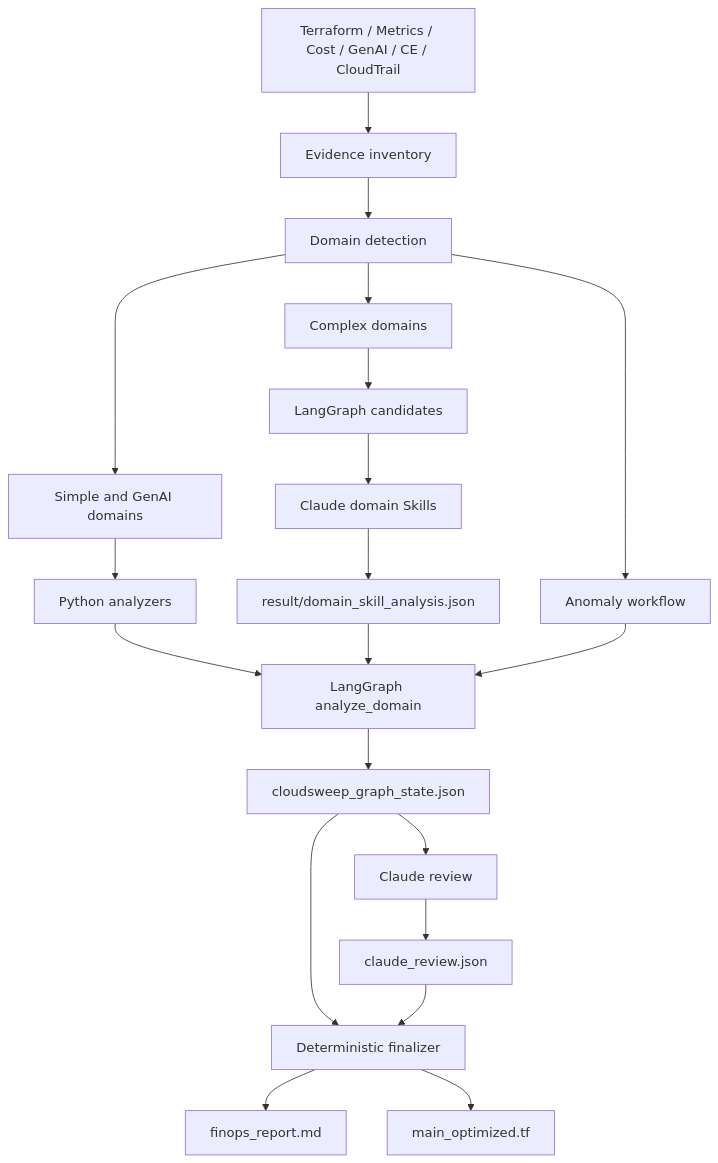
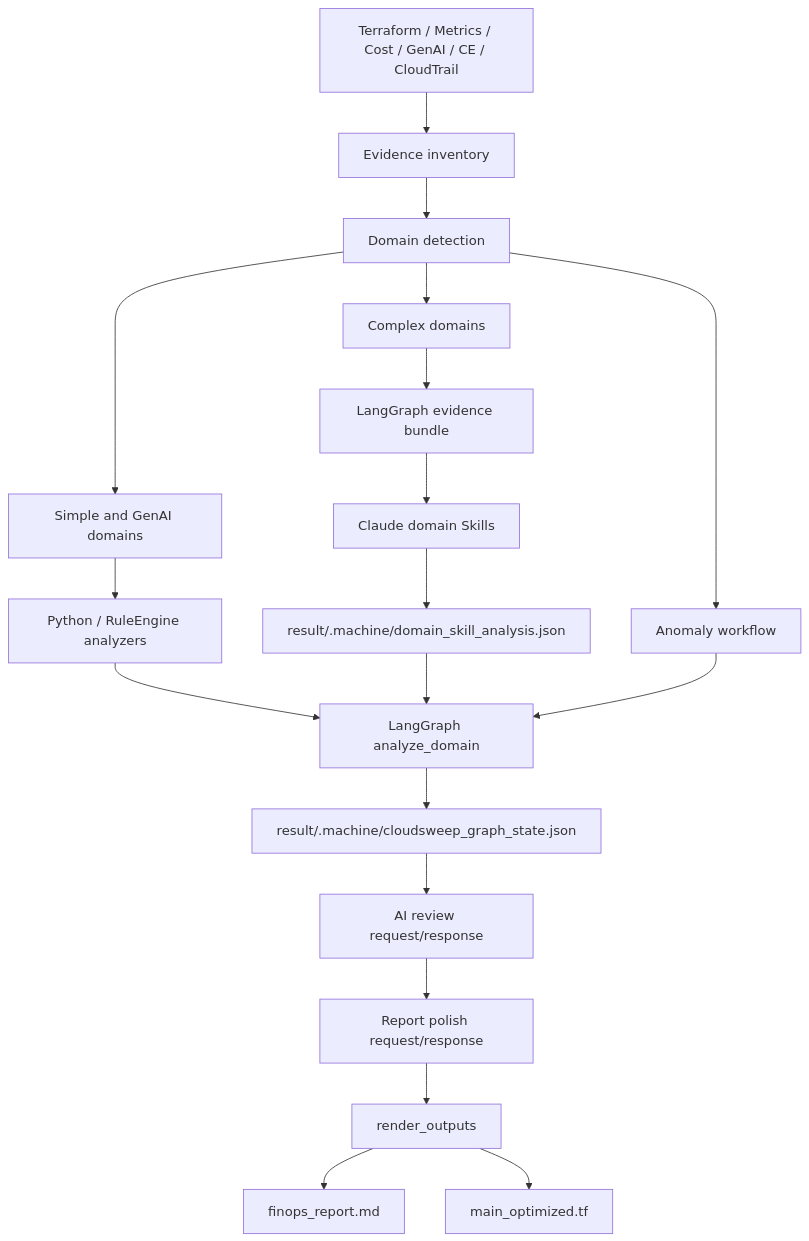
The diagram in README.md (seoyoungleeme/CloudSweep), drawn with Mermaid before and after one commit. The commit also changed other lines of this file, not shown here.

First line of the commit message:
docs: sync README with current AI-review/report-polish workflow

````diff
--- a/README.md
+++ b/README.md
@@ -55,26 +68,25 @@
 ```mermaid
 flowchart TD
     INPUT[Terraform / Metrics / Cost / GenAI / CE / CloudTrail] --> INV[Evidence inventory]
     INV --> DET[Domain detection]
 
     DET --> SIMPLE[Simple and GenAI domains]
     DET --> COMPLEX[Complex domains]
     DET --> ANOM[Anomaly workflow]
 
-    SIMPLE --> PY[Python analyzers]
-    COMPLEX --> CANDIDATE[LangGraph candidates]
-    CANDIDATE --> SKILL[Claude domain Skills]
-    SKILL --> SKILLJSON[result/domain_skill_analysis.json]
+    SIMPLE --> PY[Python / RuleEngine analyzers]
+    COMPLEX --> BUNDLE[LangGraph evidence bundle]
+    BUNDLE --> SKILL[Claude domain Skills]
+    SKILL --> SKILLJSON[result/.machine/domain_skill_analysis.json]
 
     PY --> GRAPH[LangGraph analyze_domain]
     SKILLJSON --> GRAPH
     ANOM --> GRAPH
 
-    GRAPH --> STATE[cloudsweep_graph_state.json]
-    STATE --> REVIEW[Claude review]
-    REVIEW --> REVIEWJSON[claude_review.json]
-    STATE --> FINAL[Deterministic finalizer]
-    REVIEWJSON --> FINAL
-    FINAL --> REPORT[finops_report.md]
-    FINAL --> TF[main_optimized.tf]
+    GRAPH --> STATE[result/.machine/cloudsweep_graph_state.json]
+    STATE --> AIREV[AI review request/response]
+    AIREV --> POLISH[Report polish request/response]
+    POLISH --> RENDER[render_outputs]
+    RENDER --> REPORT[finops_report.md]
+    RENDER --> TF[main_optimized.tf]
 ```
````
